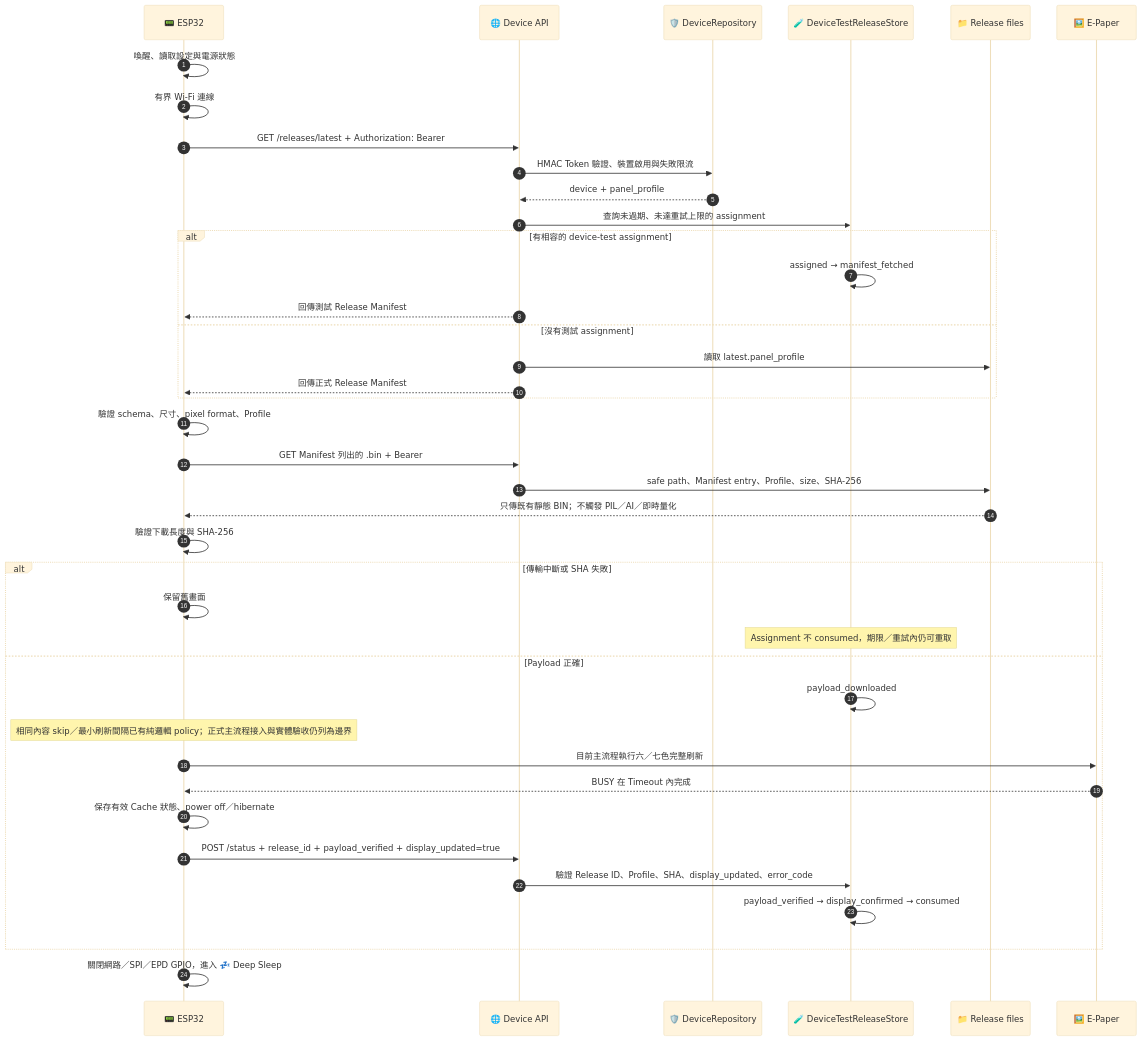
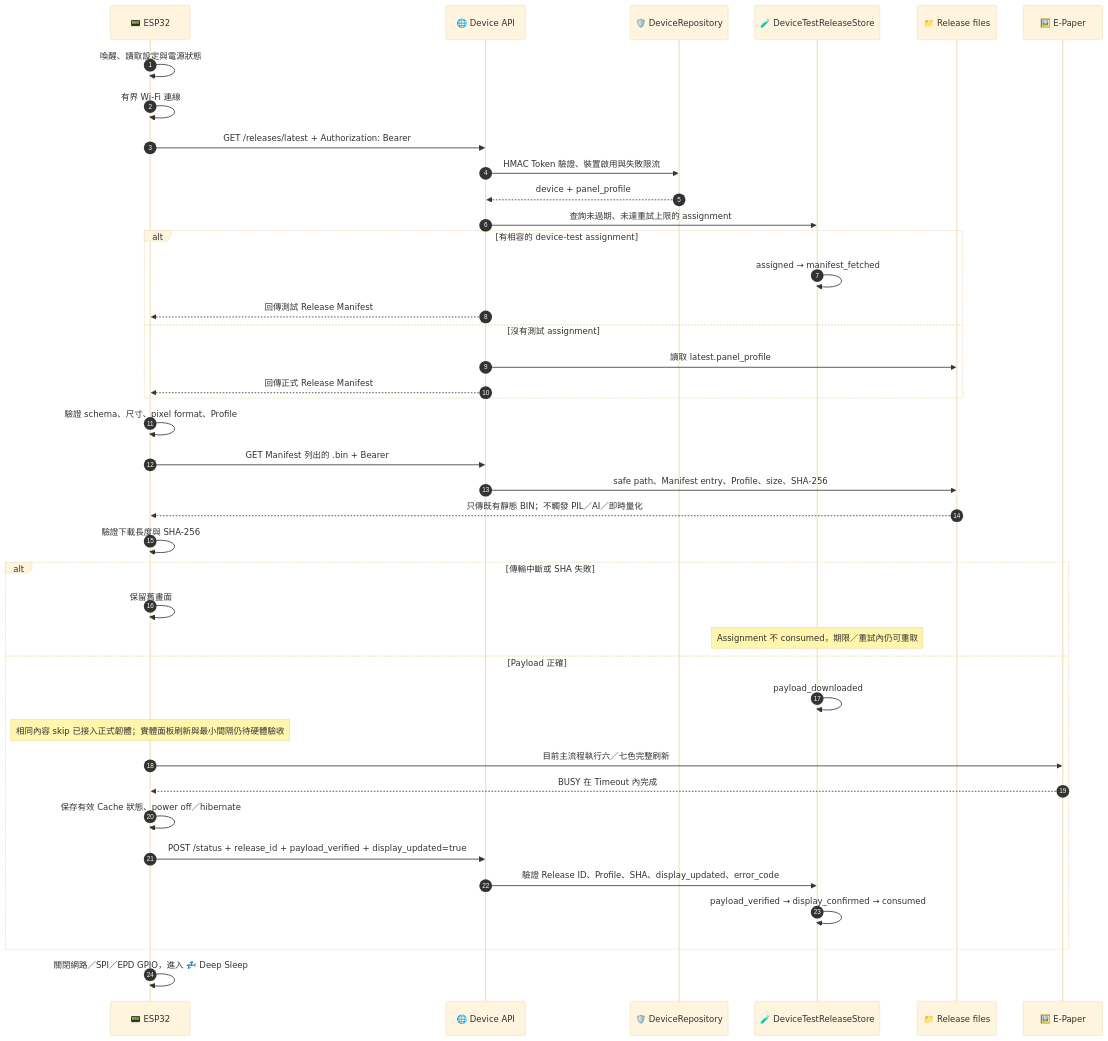
Before and after one commit to steven87090799/InkTime: diagram 11 of 15 in README.md, drawn with Mermaid (base theme). The commit also changed other lines of this file and 13 other files, not shown here.

````diff
--- a/README.md
+++ b/README.md
@@ -431,43 +431,43 @@
 ```mermaid
 sequenceDiagram
     autonumber
     participant E as 📟 ESP32
     participant A as 🌐 Device API
     participant D as 🛡️ DeviceRepository
     participant T as 🧪 DeviceTestReleaseStore
     participant F as 📁 Release files
     participant P as 🖼️ E-Paper
 
     E->>E: 喚醒、讀取設定與電源狀態
     E->>E: 有界 Wi-Fi 連線
     E->>A: GET /releases/latest + Authorization: Bearer
     A->>D: HMAC Token 驗證、裝置啟用與失敗限流
     D-->>A: device + panel_profile
     A->>T: 查詢未過期、未達重試上限的 assignment
     alt 有相容的 device-test assignment
         T->>T: assigned → manifest_fetched
         A-->>E: 回傳測試 Release Manifest
     else 沒有測試 assignment
         A->>F: 讀取 latest.panel_profile
         A-->>E: 回傳正式 Release Manifest
     end
     E->>E: 驗證 schema、尺寸、pixel format、Profile
     E->>A: GET Manifest 列出的 .bin + Bearer
     A->>F: safe path、Manifest entry、Profile、size、SHA-256
     F-->>E: 只傳既有靜態 BIN；不觸發 PIL／AI／即時量化
     E->>E: 驗證下載長度與 SHA-256
     alt 傳輸中斷或 SHA 失敗
         E->>E: 保留舊畫面
         Note over T: Assignment 不 consumed，期限／重試內仍可重取
     else Payload 正確
         T->>T: payload_downloaded
-        Note over E: 相同內容 skip／最小刷新間隔已有純邏輯 policy；正式主流程接入與實體驗收仍列為邊界
+        Note over E: 相同內容 skip 已接入正式韌體；實體面板刷新與最小間隔仍待硬體驗收
         E->>P: 目前主流程執行六／七色完整刷新
         P-->>E: BUSY 在 Timeout 內完成
         E->>E: 保存有效 Cache 狀態、power off／hibernate
         E->>A: POST /status + release_id + payload_verified + display_updated=true
         A->>T: 驗證 Release ID、Profile、SHA、display_updated、error_code
         T->>T: payload_verified → display_confirmed → consumed
     end
     E->>E: 關閉網路／SPI／EPD GPIO，進入 💤 Deep Sleep
 ```
````
